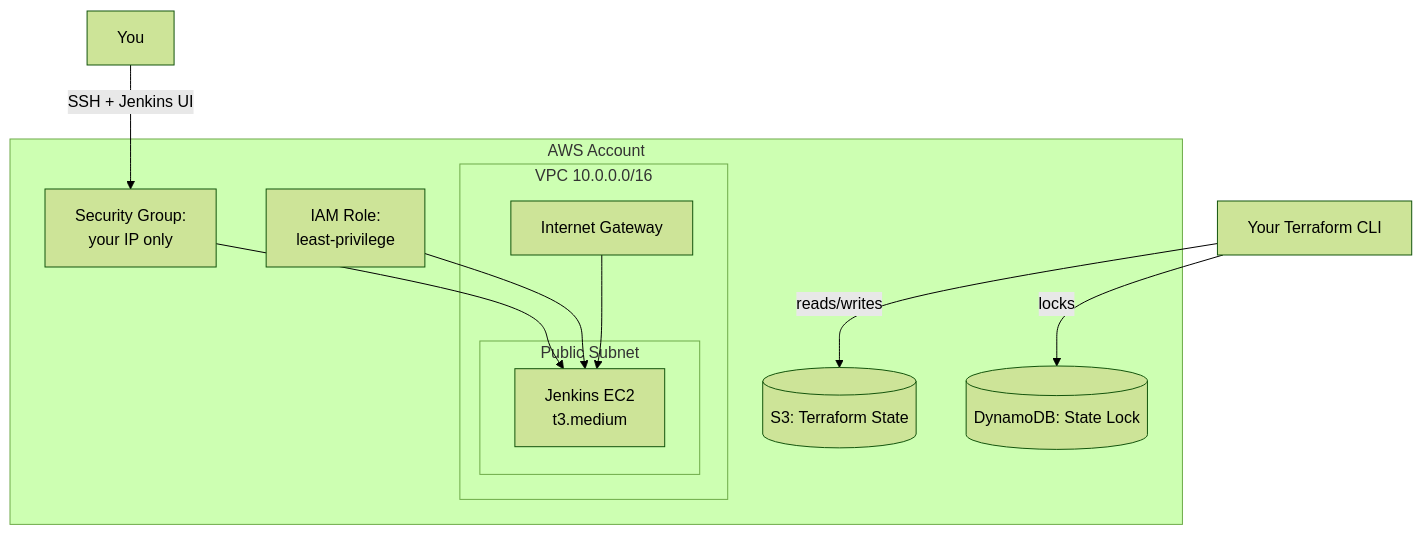
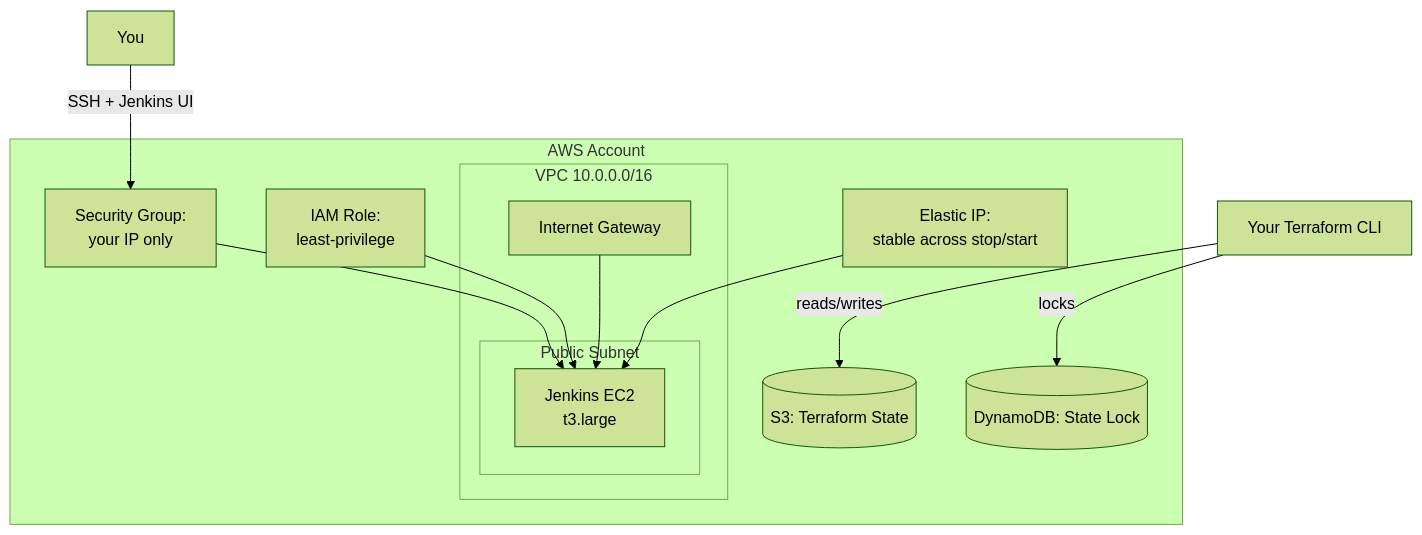
The diagram in docs/Phases/phase-2-jenkins-terraform.md (Mahakisore7/Diagram-Ops), drawn with Mermaid (forest theme) before and after one commit. The commit also changed other lines of this file, not shown here.

First line of the commit message:
docs(phase-2): fix IMDSv1, missing EIP, undersized instance, ECR over-grant

````diff
--- a/docs/Phases/phase-2-jenkins-terraform.md
+++ b/docs/Phases/phase-2-jenkins-terraform.md
@@ -14,21 +14,23 @@
 ```mermaid
 graph TB
     subgraph "AWS Account"
         subgraph "VPC 10.0.0.0/16"
             IGW[Internet Gateway]
             subgraph "Public Subnet"
-                EC2[Jenkins EC2<br/>t3.medium]
+                EC2[Jenkins EC2<br/>t3.large]
             end
         end
         SG[Security Group:<br/>your IP only]
         IAM[IAM Role:<br/>least-privilege]
+        EIP[Elastic IP:<br/>stable across stop/start]
         S3State[(S3: Terraform State)]
         DDB[(DynamoDB: State Lock)]
     end
     You[You] -->|SSH + Jenkins UI| SG
     SG --> EC2
     IAM --> EC2
     IGW --> EC2
+    EIP --> EC2
     Terraform[Your Terraform CLI] -->|reads/writes| S3State
     Terraform -->|locks| DDB
 ```
````
